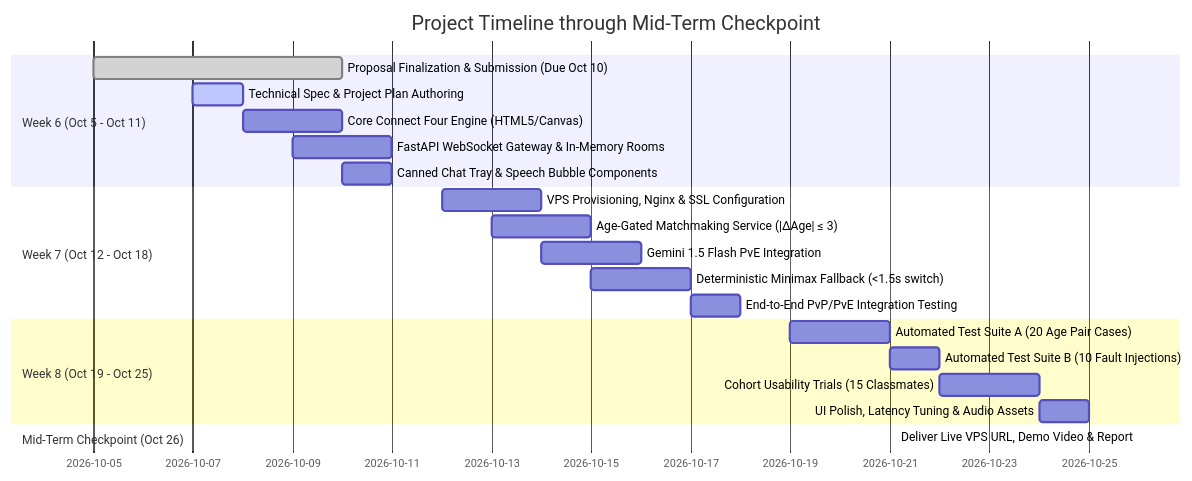
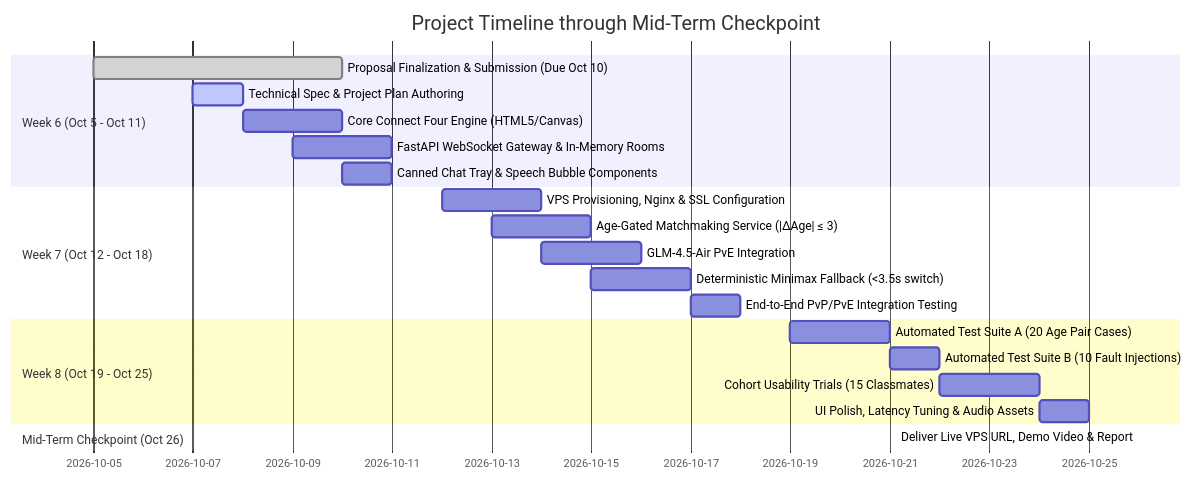
The second of 2 diagrams in docs/PROJECT_PLAN.md (CelVision/AILT9019_G31), drawn with Mermaid before and after one commit. The commit also changed other lines of this file and 14 other files, not shown here.

Commit message:
fix: harden game protocol and fallback flow

````diff
--- a/docs/PROJECT_PLAN.md
+++ b/docs/PROJECT_PLAN.md
@@ -99,27 +99,27 @@
 ```mermaid
 gantt
     title Project Timeline through Mid-Term Checkpoint
     dateFormat  YYYY-MM-DD
     section Week 6 (Oct 5 - Oct 11)
     Proposal Finalization & Submission (Due Oct 10) :done, 2026-10-05, 2026-10-10
     Technical Spec & Project Plan Authoring           :active, 2026-10-07, 2026-10-08
     Core Connect Four Engine (HTML5/Canvas)          :2026-10-08, 2026-10-10
     FastAPI WebSocket Gateway & In-Memory Rooms       :2026-10-09, 2026-10-11
     Canned Chat Tray & Speech Bubble Components       :2026-10-10, 2026-10-11
 
     section Week 7 (Oct 12 - Oct 18)
     VPS Provisioning, Nginx & SSL Configuration       :2026-10-12, 2026-10-14
     Age-Gated Matchmaking Service (|ΔAge| ≤ 3)        :2026-10-13, 2026-10-15
-    Gemini 1.5 Flash PvE Integration                  :2026-10-14, 2026-10-16
-    Deterministic Minimax Fallback (<1.5s switch)     :2026-10-15, 2026-10-17
+    GLM-4.5-Air PvE Integration                       :2026-10-14, 2026-10-16
+    Deterministic Minimax Fallback (<3.5s switch)     :2026-10-15, 2026-10-17
     End-to-End PvP/PvE Integration Testing            :2026-10-17, 2026-10-18
 
     section Week 8 (Oct 19 - Oct 25)
     Automated Test Suite A (20 Age Pair Cases)        :2026-10-19, 2026-10-21
     Automated Test Suite B (10 Fault Injections)      :2026-10-21, 2026-10-22
     Cohort Usability Trials (15 Classmates)           :2026-10-22, 2026-10-24
     UI Polish, Latency Tuning & Audio Assets          :2026-10-24, 2026-10-25
 
     section Mid-Term Checkpoint (Oct 26)
     Deliver Live VPS URL, Demo Video & Report        :crit, 2026-10-26, 2026-10-26
 ```
````
